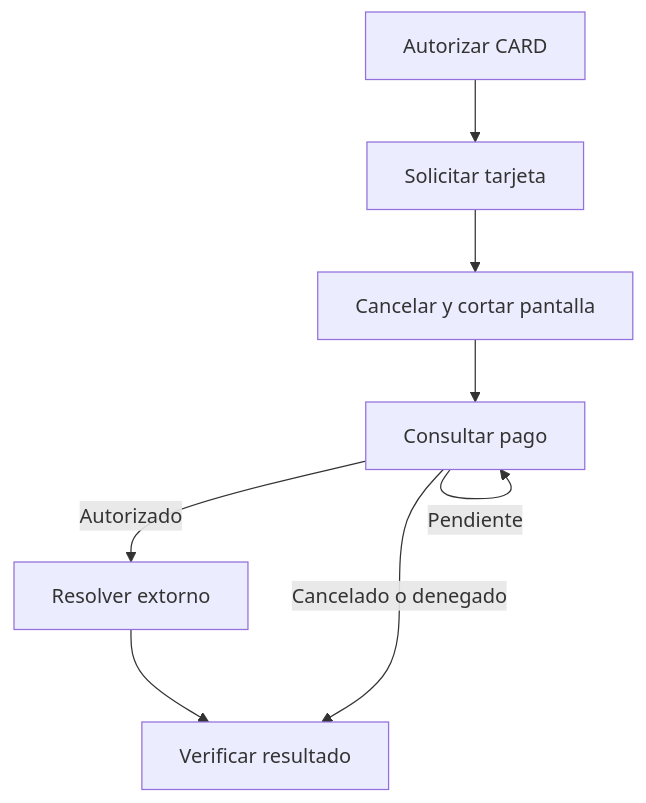
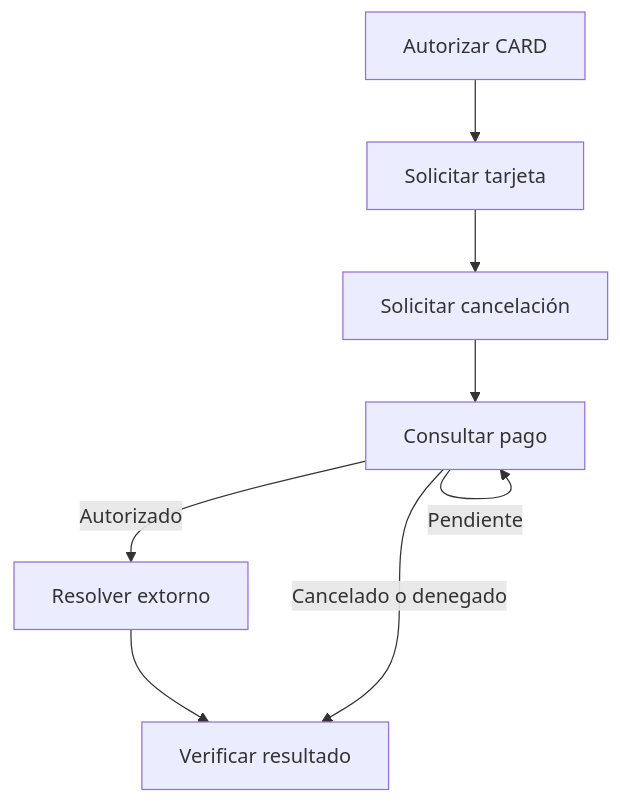
Before and after one commit to alignet-docs/alignet-developers: the first of 2 diagrams in procesamiento-fisico/alignet-transit/cancelacion.mdx, drawn with Mermaid. The commit also changed other lines of this file and 11 other files, not shown here.

````diff
--- a/procesamiento-fisico/alignet-transit/cancelacion.mdx
+++ b/procesamiento-fisico/alignet-transit/cancelacion.mdx
@@ -17,10 +17,10 @@
 ```mermaid
 flowchart TD
     A[Autorizar CARD] --> B[Solicitar tarjeta]
-    B --> C[Cancelar y cortar pantalla]
+    B --> C[Solicitar cancelación]
     C --> D[Consultar pago]
     D -->|Autorizado| E[Resolver extorno]
     E --> F[Verificar resultado]
     D -->|Cancelado o denegado| F
     D -->|Pendiente| D
 ```
````
